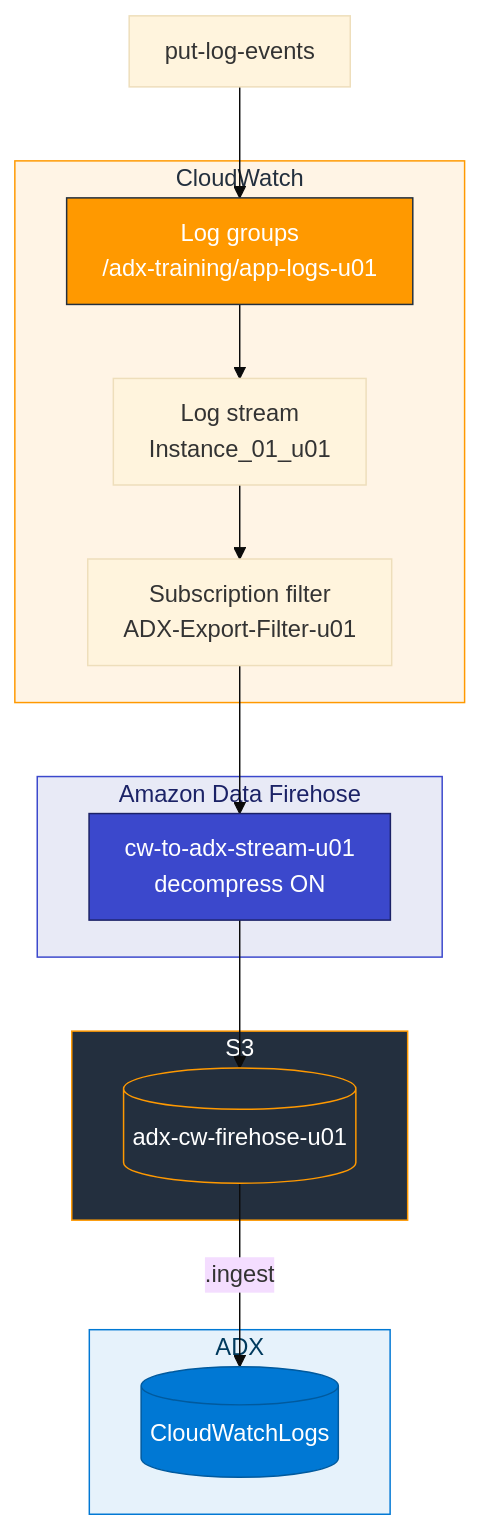
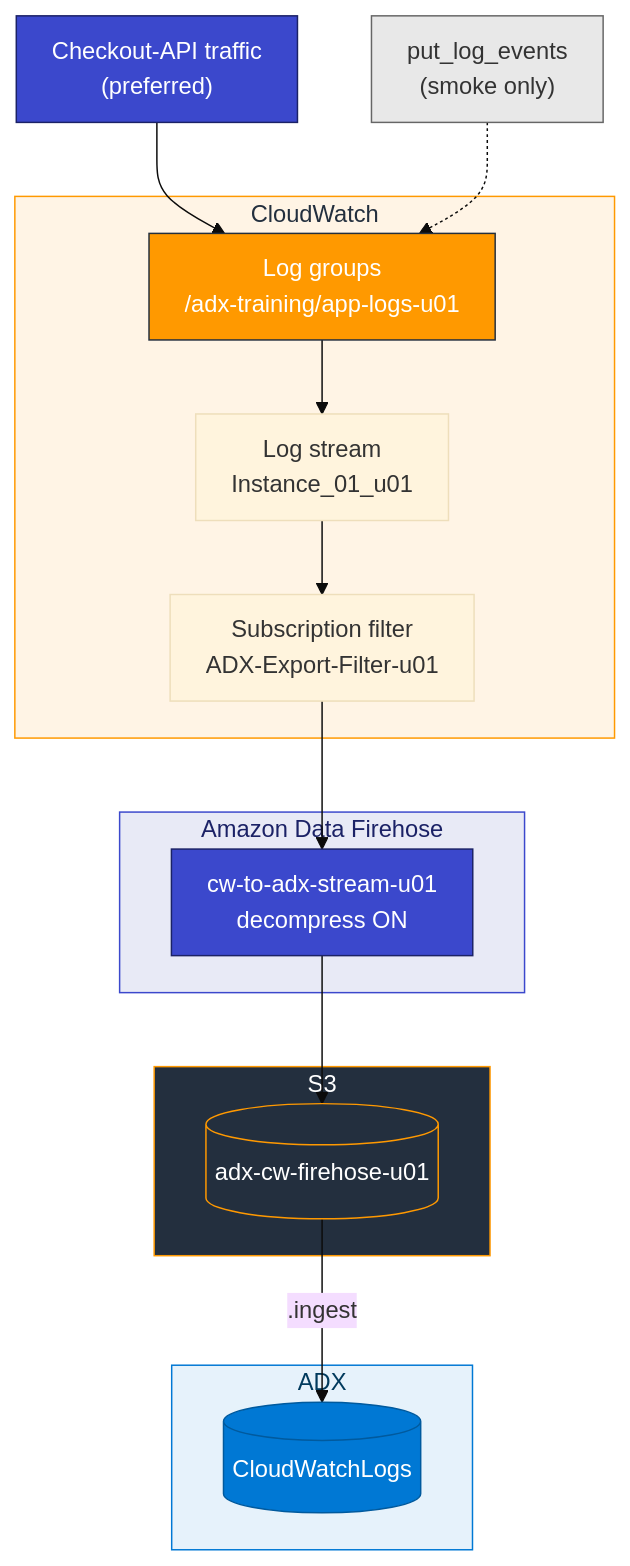
The first of 2 diagrams in Module_03_AWS_CloudWatch/03_CloudWatch_to_ADX_Lab.md (atingupta2005/adx-aws-training-aug-26), drawn with Mermaid before and after one commit. The commit also changed other lines of this file and 8 other files, not shown here.

First line of the commit message:
Prefer real-shaped CloudWatch app traffic in Module 03.

````diff
--- a/Module_03_AWS_CloudWatch/03_CloudWatch_to_ADX_Lab.md
+++ b/Module_03_AWS_CloudWatch/03_CloudWatch_to_ADX_Lab.md
@@ -34,32 +34,35 @@
 ```mermaid
 %%{init: {"theme":"base","flowchart":{"htmlLabels":true,"padding":12}}}%%
 flowchart TB
   subgraph cw [CloudWatch]
     LG["Log groups<br/>/adx-training/app-logs-u01"]
     STR["Log stream<br/>Instance_01_u01"]
     SF["Subscription filter<br/>ADX-Export-Filter-u01"]
   end
   subgraph kin [Amazon Data Firehose]
     FH["cw-to-adx-stream-u01<br/>decompress ON"]
   end
   subgraph s3 [S3]
     BKT[("adx-cw-firehose-u01")]
   end
   subgraph adx [ADX]
     TBL[("CloudWatchLogs")]
   end
-  PUT["put-log-events"] --> LG
+  APP["Checkout-API traffic<br/>(preferred)"] --> LG
+  PROBE["put_log_events<br/>(smoke only)"] -.-> LG
   LG --> STR
   STR --> SF
   SF --> FH
   FH --> BKT
   BKT -->|".ingest"| TBL
   style cw fill:#FFF4E5,stroke:#FF9900,color:#232F3E
   style kin fill:#E8EAF6,stroke:#3B48CC,color:#1B2266
   style s3 fill:#232F3E,stroke:#FF9900,color:#fff
   style adx fill:#E6F2FB,stroke:#0078D4,color:#003A5D
+  style APP fill:#3B48CC,stroke:#1B2266,color:#fff
+  style PROBE fill:#E8E8E8,stroke:#666,color:#333
   style LG fill:#FF9900,stroke:#232F3E,color:#fff
   style FH fill:#3B48CC,stroke:#1B2266,color:#fff
   style BKT fill:#232F3E,stroke:#FF9900,color:#fff
   style TBL fill:#0078D4,stroke:#005A9E,color:#fff
 ```
````
